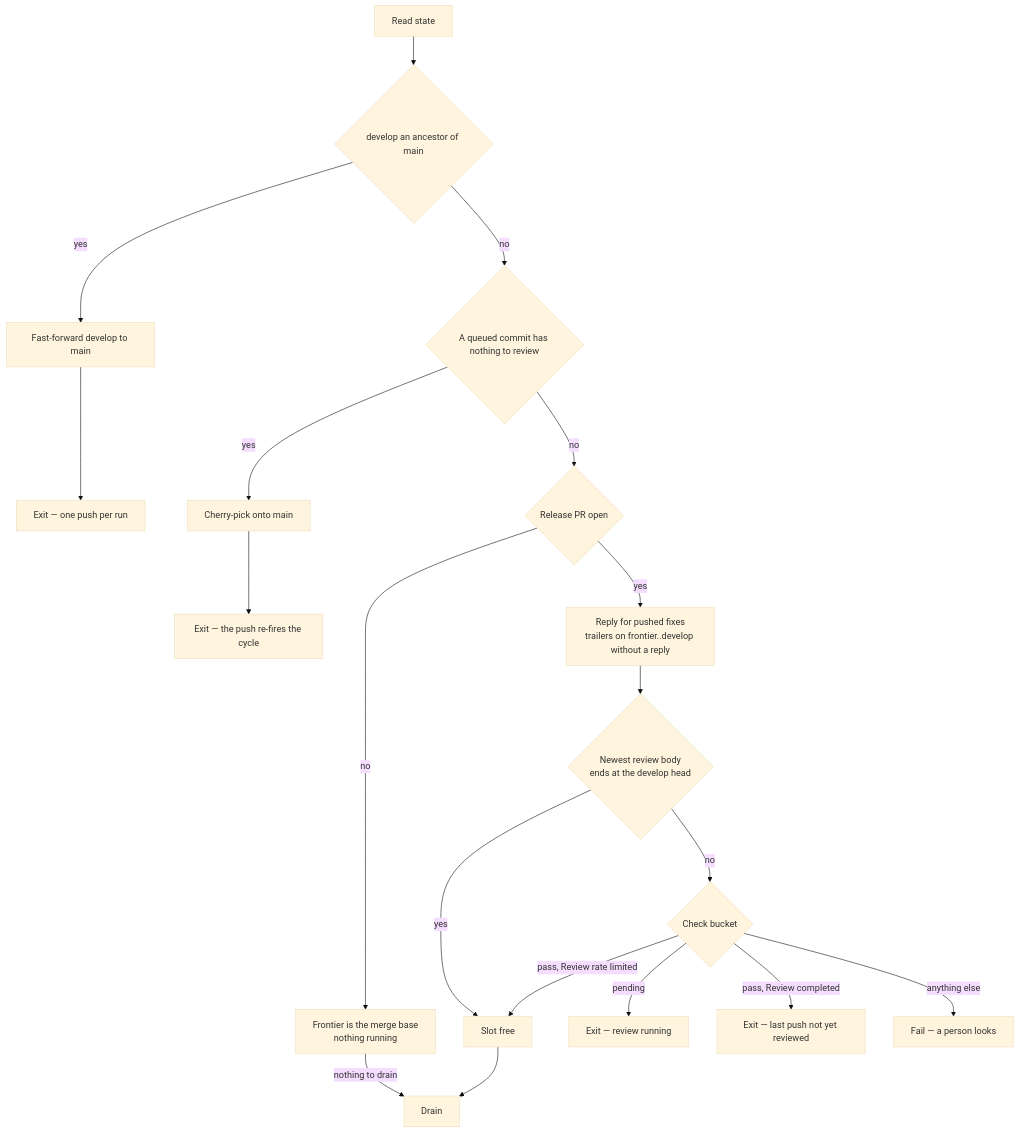
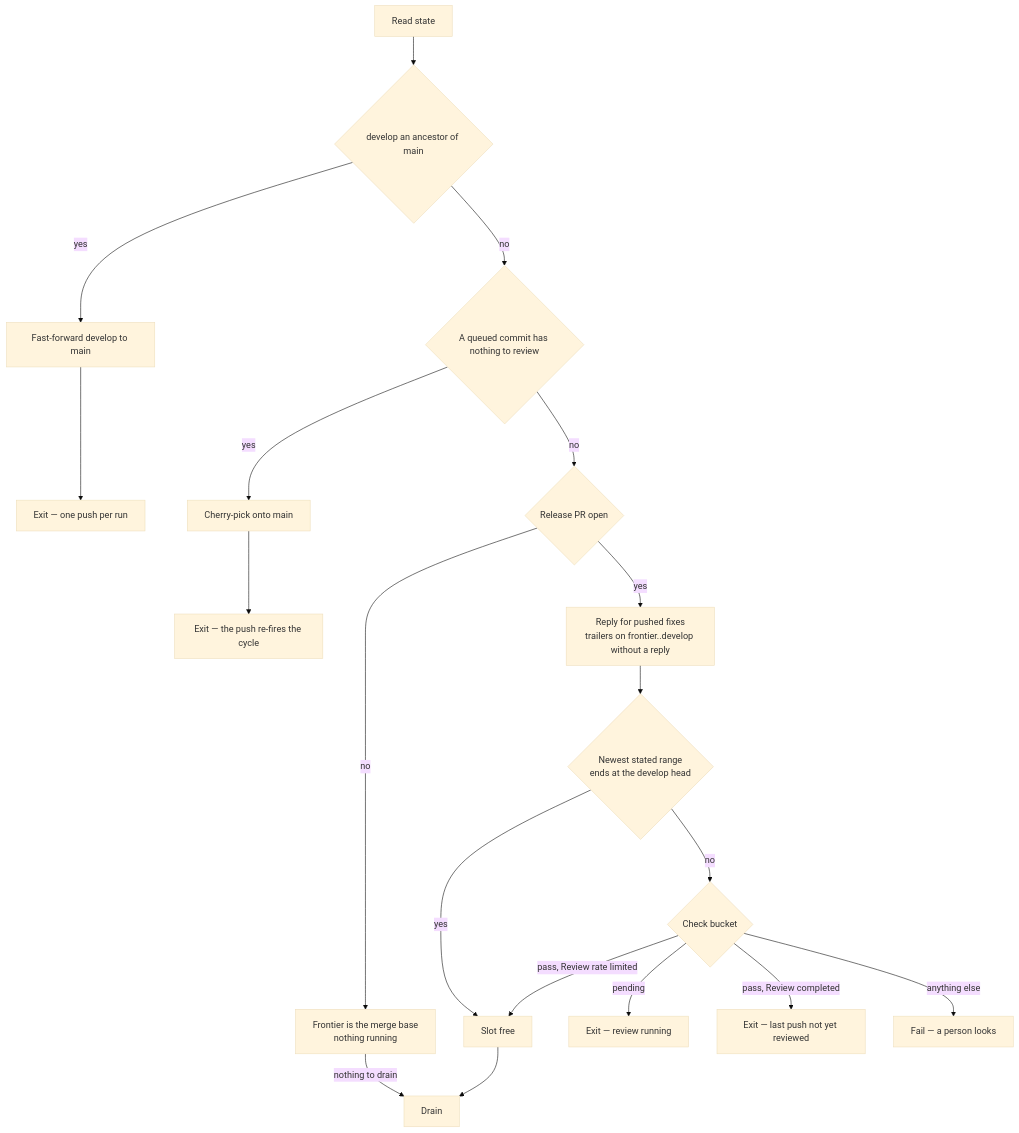
Before and after one commit to Esposter/Esposter: the first of 3 diagrams in apps/web/content/docs/infra/review-collector/collection-cycle.md, drawn with Mermaid (base theme). The commit also changed 2 other files, not shown here.

Commit message:
test(scripts): the cycle's walkthrough frontier is proved by the port test, and the skill says the release merges itself
The two `fix: wip` commits ahead carry the mechanism (the walkthrough's recent-review block as the frontier, a
held first commit failing red, a clean release merging as an administrator). This is what followed: the port
test reads its frontier off the walkthrough so the second merge test it duplicated goes, the walkthrough builder
sits at module scope where a helper capturing nothing belongs, the skill's opening sentence stops calling the
merge a person's act, and the gates diagram names the stated range rather than the review body.

Claude-Session: https://claude.ai/code/session_01SgtQMug4jYkURDH1hjsoHa

````diff
--- a/apps/web/content/docs/infra/review-collector/collection-cycle.md
+++ b/apps/web/content/docs/infra/review-collector/collection-cycle.md
@@ -36,18 +36,18 @@
 ```mermaid
 flowchart TD
   S[Read state] --> RS{develop an ancestor of main}
   RS -->|yes| FF[Fast-forward develop to main] --> X5[Exit — one push per run]
   RS -->|no| EL{A queued commit has nothing to review}
   EL -->|yes| CP[Cherry-pick onto main] --> X3[Exit — the push re-fires the cycle]
   EL -->|no| PR{Release PR open}
   PR -->|no| MB[Frontier is the merge base<br/>nothing running] -->|nothing to drain| D
   PR -->|yes| RP[Reply for pushed fixes<br/>trailers on frontier..develop without a reply]
-  RP --> B{Newest review body<br/>ends at the develop head}
+  RP --> B{Newest stated range<br/>ends at the develop head}
   B -->|yes| OK[Slot free]
   B -->|no| ST{Check bucket}
   ST -->|pending| X1[Exit — review running]
   ST -->|pass, Review completed| X2[Exit — last push not yet reviewed]
   ST -->|pass, Review rate limited| OK
   ST -->|anything else| X4[Fail — a person looks]
   OK --> D[Drain]
 ```
````
